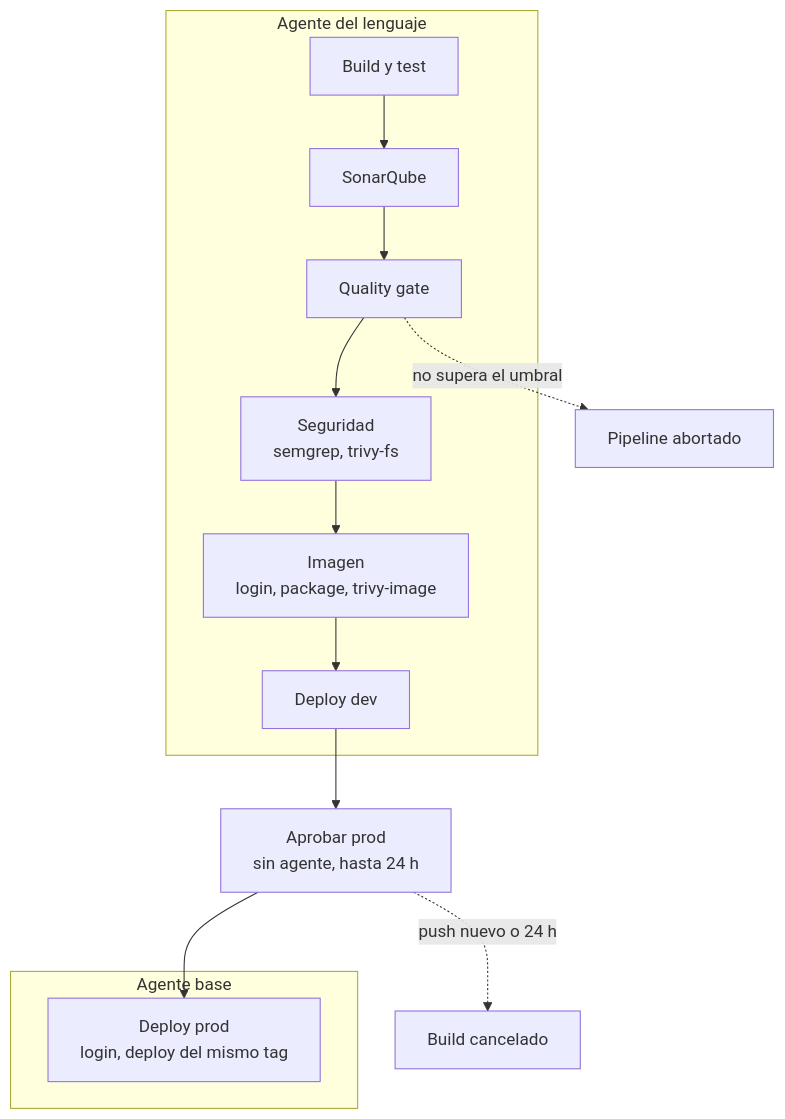
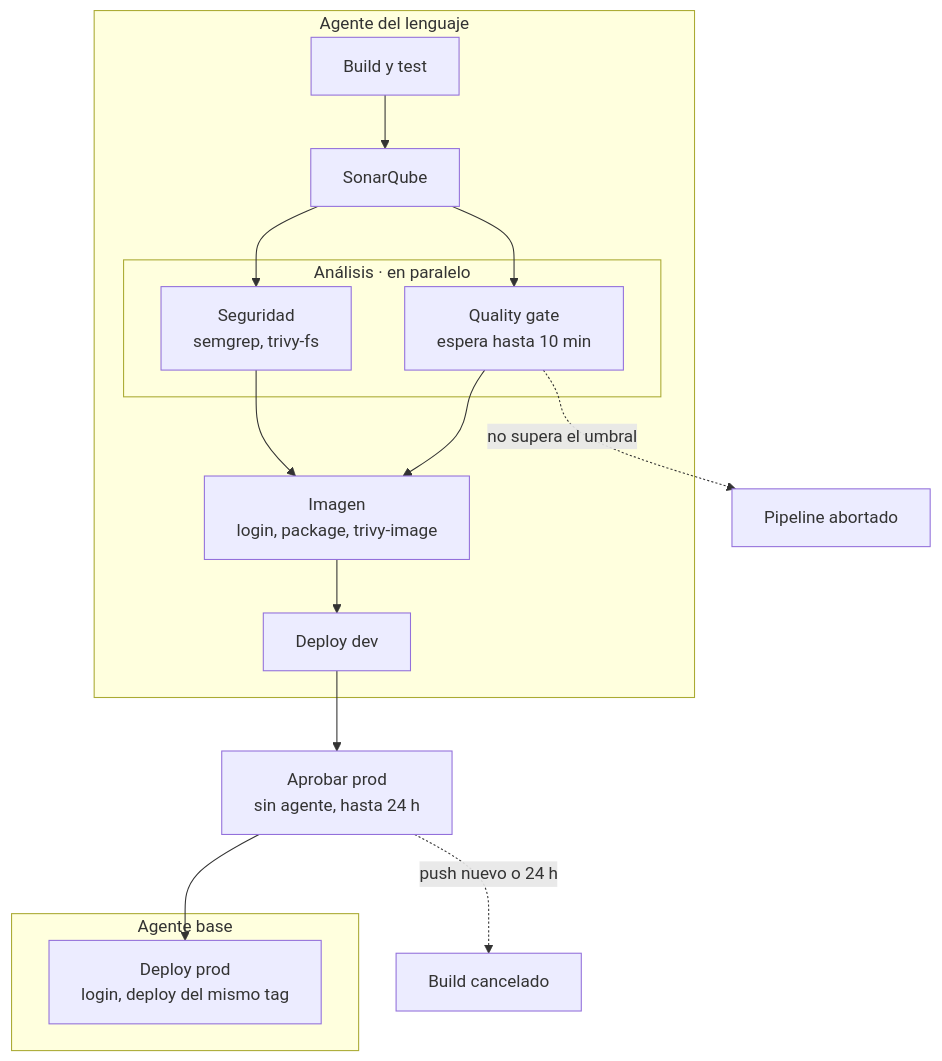
The third of 8 diagrams in docs/arquitectura/09-pipelines-y-despliegue.md (TorresMBA/mercury-devops-lab), drawn with Mermaid before and after one commit. The commit also changed other lines of this file and 30 other files, not shown here.

````diff
--- a/docs/arquitectura/09-pipelines-y-despliegue.md
+++ b/docs/arquitectura/09-pipelines-y-despliegue.md
@@ -113,17 +113,22 @@
 ```mermaid
 flowchart TB
   subgraph a1["Agente del lenguaje"]
     s1["Build y test"] --> s2["SonarQube"]
-    s2 --> s3["Quality gate"]
-    s3 --> s4["Seguridad<br/>semgrep, trivy-fs"]
-    s4 --> s5["Imagen<br/>login, package, trivy-image"]
+    subgraph par["Análisis · en paralelo"]
+      s3["Quality gate<br/>espera hasta 10 min"]
+      s4["Seguridad<br/>semgrep, trivy-fs"]
+    end
+    s2 --> s3
+    s2 --> s4
+    s3 --> s5["Imagen<br/>login, package, trivy-image"]
+    s4 --> s5
     s5 --> s6["Deploy dev"]
   end
   s6 --> s7["Aprobar prod<br/>sin agente, hasta 24 h"]
   subgraph a2["Agente base"]
     s8["Deploy prod<br/>login, deploy del mismo tag"]
   end
   s7 --> s8
   s3 -.->|"no supera el umbral"| x1["Pipeline abortado"]
   s7 -.->|"push nuevo o 24 h"| x2["Build cancelado"]
 ```
````
